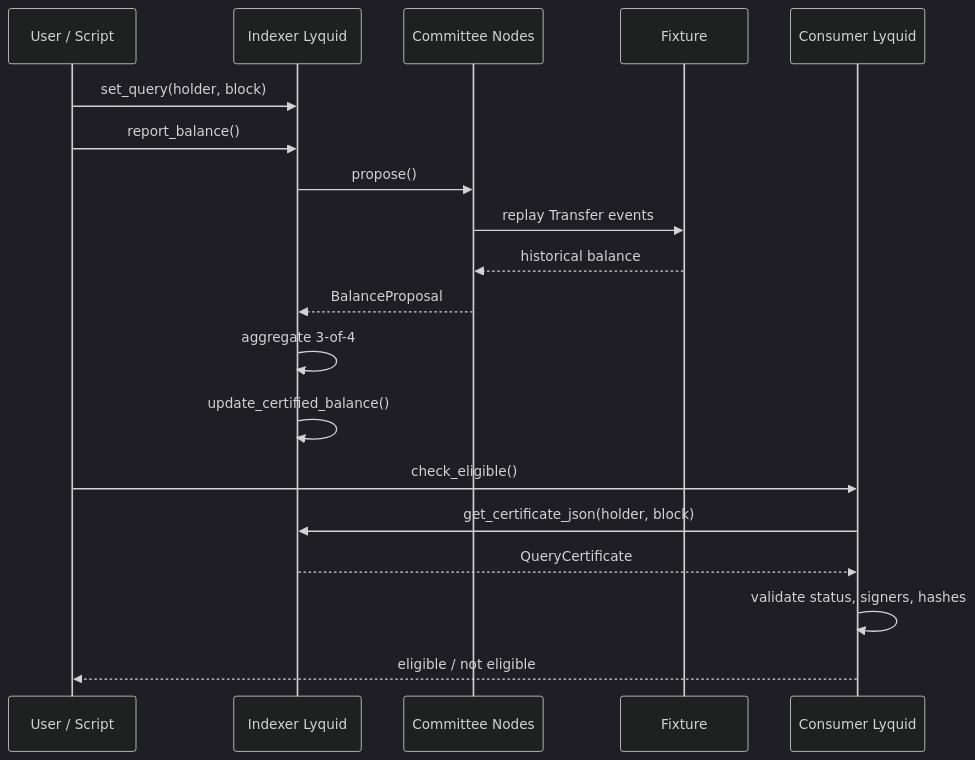
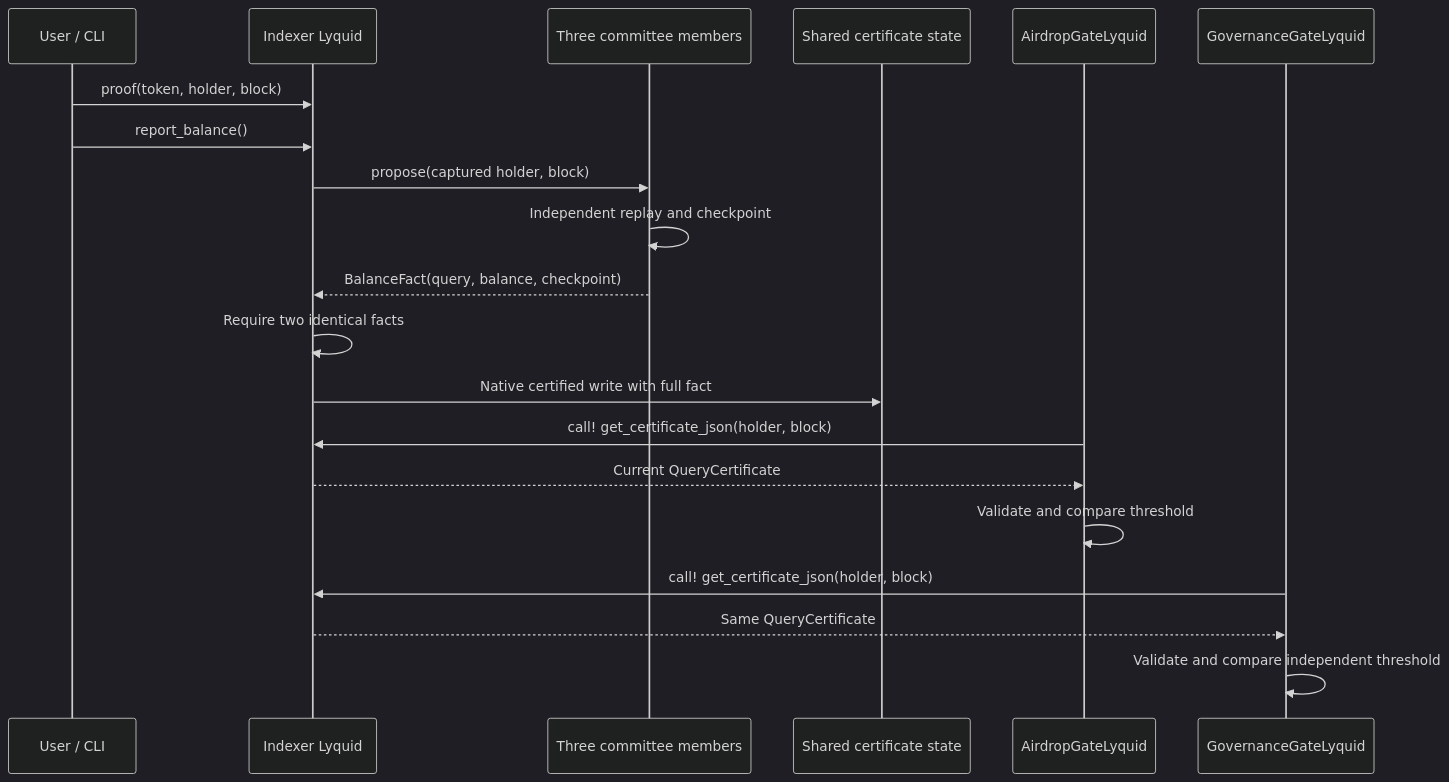
Before and after one commit to jerryluo0517-cyber/holderproof: the diagram in docs/architecture/architecture.md, drawn with Mermaid (dark theme). The commit also changed other lines of this file and 29 other files, not shown here.

Commit message:
Refresh architecture and documentation exports; clarify certificate and CLI code

````diff
--- a/docs/architecture/architecture.md
+++ b/docs/architecture/architecture.md
@@ -90,21 +28,22 @@
 ```mermaid
 sequenceDiagram
-    participant U as User / Script
+    participant U as User / CLI
     participant I as Indexer Lyquid
-    participant N as Committee Nodes
-    participant D as Fixture
-    participant C as Consumer Lyquid
-    U->>I: set_query(holder, block)
+    participant N as Three committee members
+    participant S as Shared certificate state
+    participant A as AirdropGateLyquid
+    participant G as GovernanceGateLyquid
+    U->>I: proof(token, holder, block)
     U->>I: report_balance()
-    I->>N: propose()
-    N->>D: replay Transfer events
-    D-->>N: historical balance
-    N-->>I: BalanceProposal
-    I->>I: aggregate 3-of-4
-    I->>I: update_certified_balance()
-    U->>C: check_eligible()
-    C->>I: get_certificate_json(holder, block)
-    I-->>C: QueryCertificate
-    C->>C: validate status, signers, hashes
-    C-->>U: eligible / not eligible
+    I->>N: propose(captured holder, block)
+    N->>N: Independent replay and checkpoint
+    N-->>I: BalanceFact(query, balance, checkpoint)
+    I->>I: Require two identical facts
+    I->>S: Native certified write with full fact
+    A->>I: call! get_certificate_json(holder, block)
+    I-->>A: Current QueryCertificate
+    A->>A: Validate and compare threshold
+    G->>I: call! get_certificate_json(holder, block)
+    I-->>G: Same QueryCertificate
+    G->>G: Validate and compare independent threshold
 ```
````
